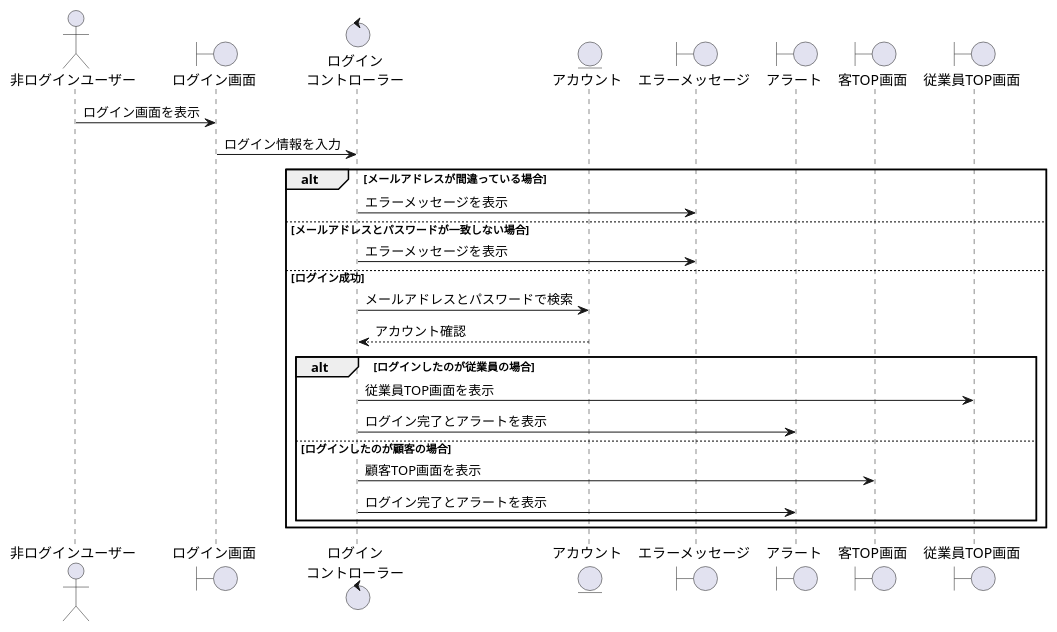
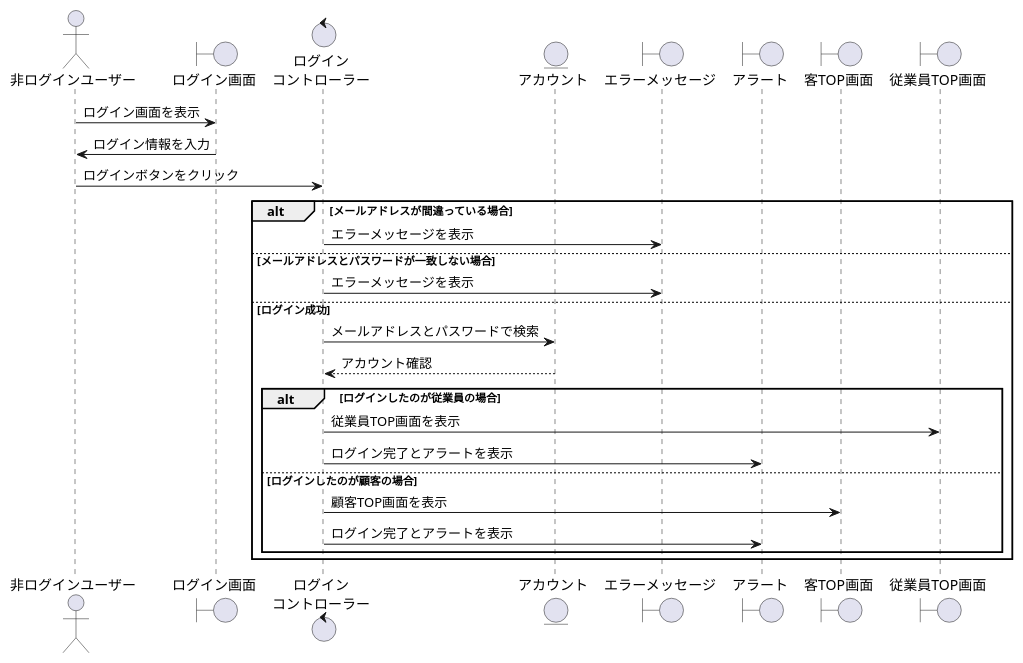
One commit to ysyk-wtnb16/team_D changed the diagram in BBショップ/ログイン.wsd. Above: the diagram before and after it, drawn with PlantUML.

Commit message:
修正

```diff
--- a/BBショップ/ログイン.wsd
+++ b/BBショップ/ログイン.wsd
@@ -1,32 +1,34 @@
 @startuml login
 actor "非ログインユーザー" as nonlogin
 boundary "ログイン画面" as log
 control "ログイン\nコントローラー" as logc
 entity "アカウント" as account
 boundary "エラーメッセージ" as error
 boundary "アラート" as alert
 boundary "客TOP画面" as cust_top
 boundary "従業員TOP画面" as emp_top
  
 nonlogin -> log: ログイン画面を表示
 
-log -> logc: ログイン情報を入力
+nonlogin <- log: ログイン情報を入力
+
+nonlogin -> logc: ログインボタンをクリック
  
  
 alt メールアドレスが間違っている場合
     logc -> error: エラーメッセージを表示
 else メールアドレスとパスワードが一致しない場合
     logc -> error: エラーメッセージを表示
 else ログイン成功
 
     logc -> account: メールアドレスとパスワードで検索
     account --> logc: アカウント確認
     alt ログインしたのが従業員の場合
         logc -> emp_top: 従業員TOP画面を表示
         logc -> alert:ログイン完了とアラートを表示
     else ログインしたのが顧客の場合
         logc -> cust_top: 顧客TOP画面を表示
         logc -> alert:ログイン完了とアラートを表示
     end
 end
 @enduml
```
